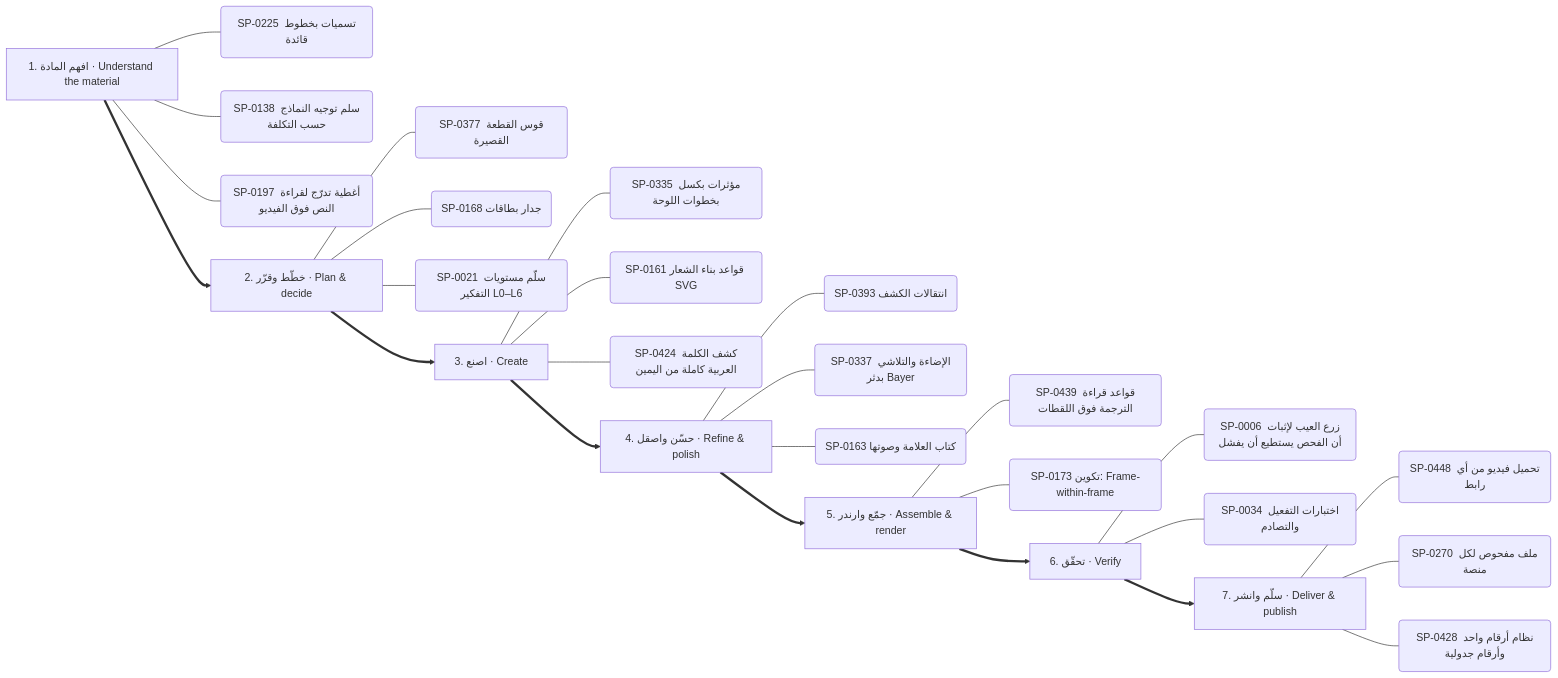
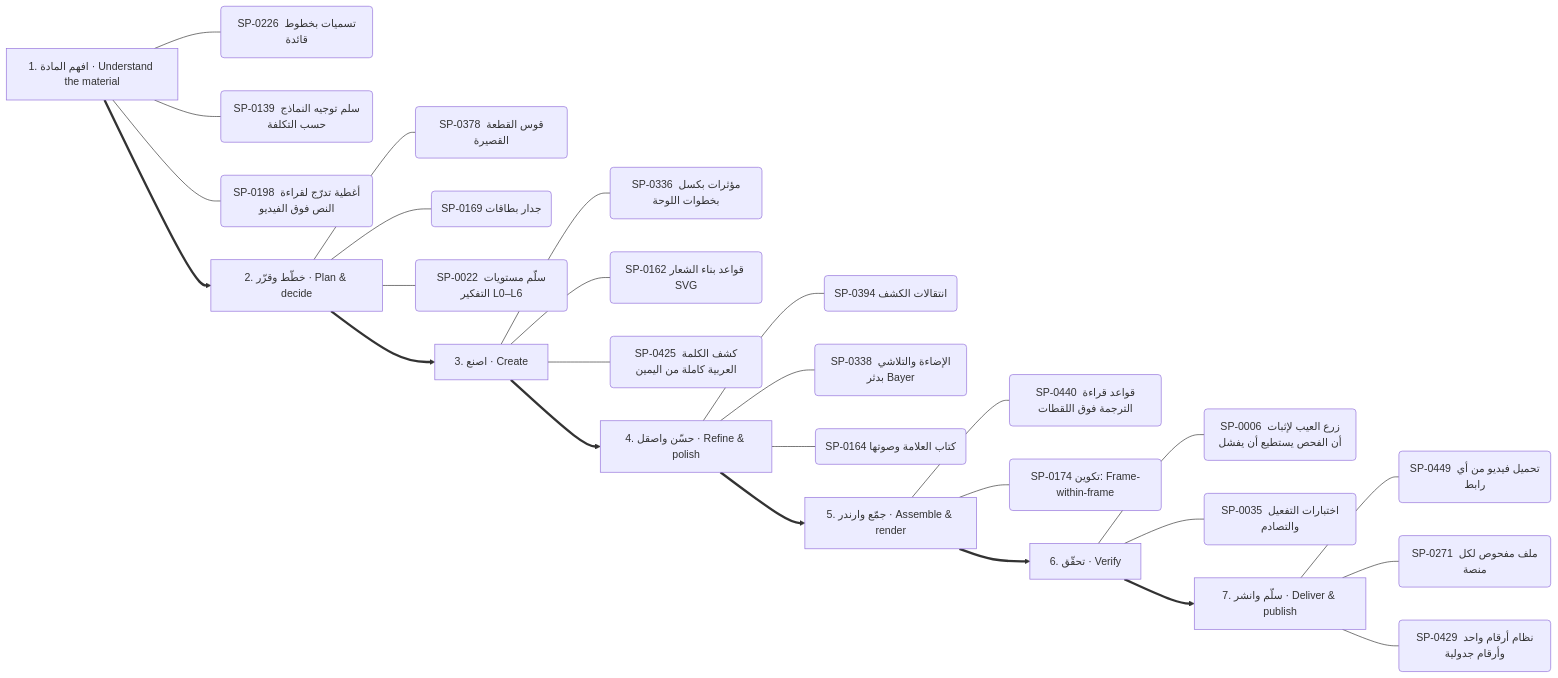
One commit to kosif199022-jpg/kosif-tool changed the sixth of 13 diagrams in .claude/skills/kosif-superpowers/references/capability-mindmap.md. Above: the diagram before and after it, drawn with Mermaid. The commit also changed other lines of this file and 9 other files, not shown here.

First line of the commit message:
Rebuild the fused superpowers, hubs, mind map and owned-repos map

````diff
--- a/.claude/skills/kosif-superpowers/references/capability-mindmap.md
+++ b/.claude/skills/kosif-superpowers/references/capability-mindmap.md
@@ -313,35 +313,35 @@
 ```mermaid
 flowchart LR
   S0["1. افهم المادة · Understand the material"]
-  S0 --- S0_0("SP-0225 تسميات بخطوط قائدة")
-  S0 --- S0_1("SP-0138 سلم توجيه النماذج حسب التكلفة")
-  S0 --- S0_2("SP-0197 أغطية تدرّج لقراءة النص فوق الفيديو")
+  S0 --- S0_0("SP-0226 تسميات بخطوط قائدة")
+  S0 --- S0_1("SP-0139 سلم توجيه النماذج حسب التكلفة")
+  S0 --- S0_2("SP-0198 أغطية تدرّج لقراءة النص فوق الفيديو")
   S1["2. خطّط وقرّر · Plan & decide"]
-  S1 --- S1_0("SP-0377 قوس القطعة القصيرة")
-  S1 --- S1_1("SP-0168 جدار بطاقات")
-  S1 --- S1_2("SP-0021 سلّم مستويات التفكير L0–L6")
+  S1 --- S1_0("SP-0378 قوس القطعة القصيرة")
+  S1 --- S1_1("SP-0169 جدار بطاقات")
+  S1 --- S1_2("SP-0022 سلّم مستويات التفكير L0–L6")
   S0 ==> S1
   S2["3. اصنع · Create"]
-  S2 --- S2_0("SP-0335 مؤثرات بكسل بخطوات اللوحة")
-  S2 --- S2_1("SP-0161 قواعد بناء الشعار SVG")
-  S2 --- S2_2("SP-0424 كشف الكلمة العربية كاملة من اليمين")
+  S2 --- S2_0("SP-0336 مؤثرات بكسل بخطوات اللوحة")
+  S2 --- S2_1("SP-0162 قواعد بناء الشعار SVG")
+  S2 --- S2_2("SP-0425 كشف الكلمة العربية كاملة من اليمين")
   S1 ==> S2
   S3["4. حسّن واصقل · Refine & polish"]
-  S3 --- S3_0("SP-0393 انتقالات الكشف")
-  S3 --- S3_1("SP-0337 الإضاءة والتلاشي بدثر Bayer")
-  S3 --- S3_2("SP-0163 كتاب العلامة وصوتها")
+  S3 --- S3_0("SP-0394 انتقالات الكشف")
+  S3 --- S3_1("SP-0338 الإضاءة والتلاشي بدثر Bayer")
+  S3 --- S3_2("SP-0164 كتاب العلامة وصوتها")
   S2 ==> S3
   S4["5. جمّع وارندر · Assemble & render"]
-  S4 --- S4_0("SP-0439 قواعد قراءة الترجمة فوق اللقطات")
-  S4 --- S4_1("SP-0173 تكوين: Frame-within-frame")
+  S4 --- S4_0("SP-0440 قواعد قراءة الترجمة فوق اللقطات")
+  S4 --- S4_1("SP-0174 تكوين: Frame-within-frame")
   S3 ==> S4
   S5["6. تحقّق · Verify"]
   S5 --- S5_0("SP-0006 زرع العيب لإثبات أن الفحص يستطيع أن يفشل")
-  S5 --- S5_1("SP-0034 اختبارات التفعيل والتصادم")
+  S5 --- S5_1("SP-0035 اختبارات التفعيل والتصادم")
   S4 ==> S5
   S6["7. سلّم وانشر · Deliver & publish"]
-  S6 --- S6_0("SP-0448 تحميل فيديو من أي رابط")
-  S6 --- S6_1("SP-0270 ملف مفحوص لكل منصة")
-  S6 --- S6_2("SP-0428 نظام أرقام واحد وأرقام جدولية")
+  S6 --- S6_0("SP-0449 تحميل فيديو من أي رابط")
+  S6 --- S6_1("SP-0271 ملف مفحوص لكل منصة")
+  S6 --- S6_2("SP-0429 نظام أرقام واحد وأرقام جدولية")
   S5 ==> S6
 ```
````
